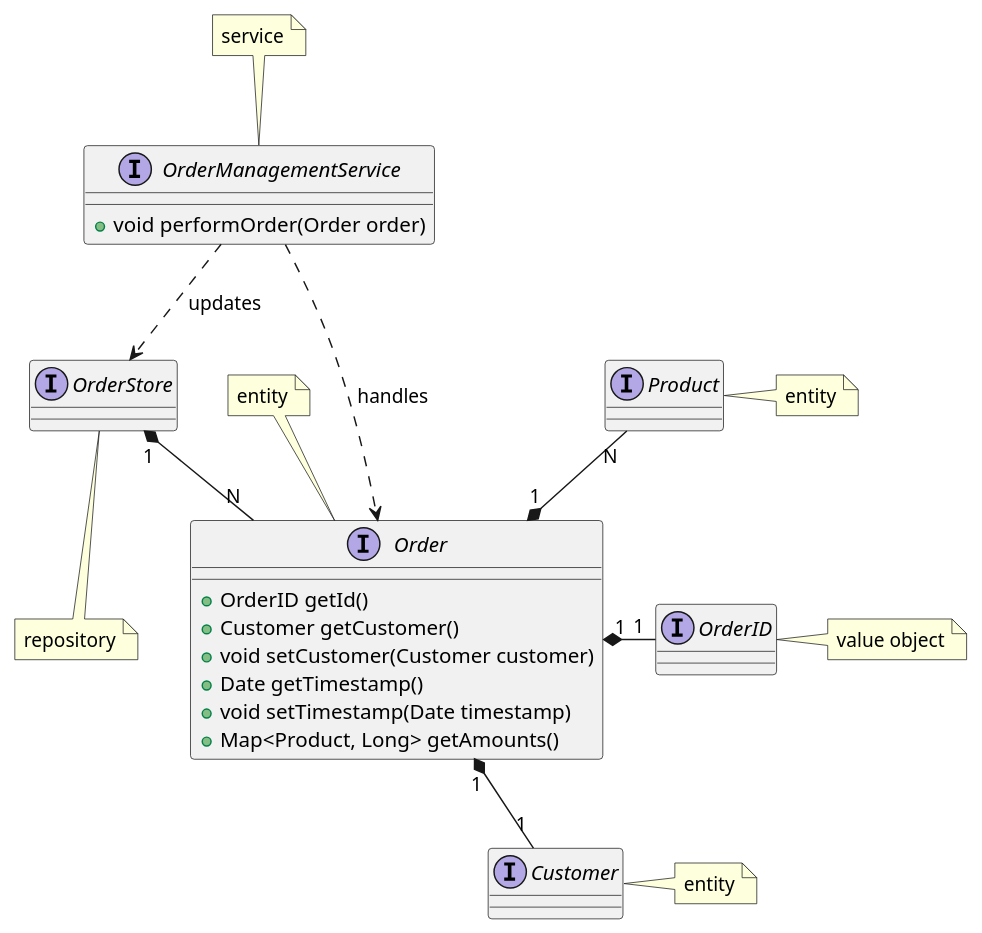
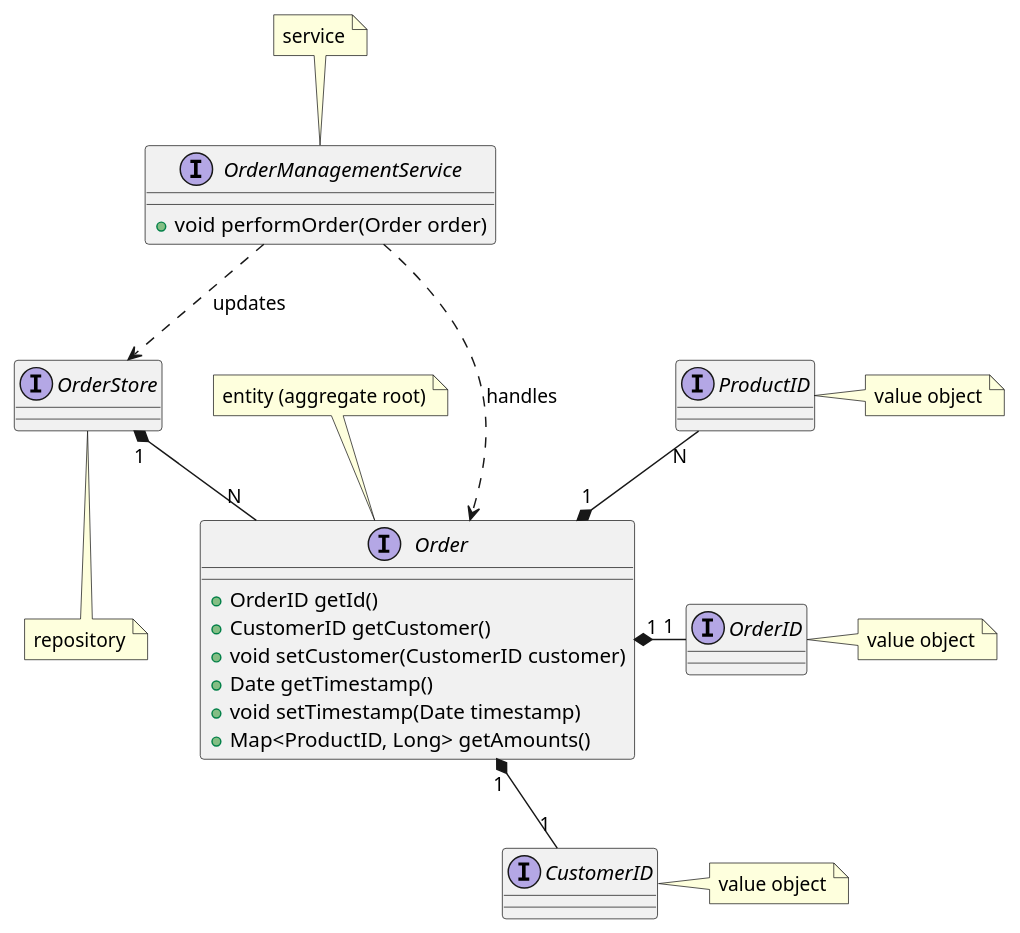
One commit to unibo-spe/spe-slides changed the fifth of 7 diagrams in content/10-ddd/_index.md. Above: the diagram before and after it, drawn with PlantUML. The commit also changed other lines of this file and 1 other file, not shown here.

Commit message:
refactor(ddd): align aggregate and service examples with Customer/Order naming, reference aggregates by ID

```diff
--- a/content/10-ddd/_index.md
+++ b/content/10-ddd/_index.md
@@ -728,41 +779,41 @@
 {{< plantuml height="70vh" >}}
 interface OrderManagementService {
     + void performOrder(Order order)
 }
 
 interface Order {
     + OrderID getId()
-    + Customer getCustomer()
-    + void setCustomer(Customer customer)
+    + CustomerID getCustomer()
+    + void setCustomer(CustomerID customer)
     + Date getTimestamp()
     + void setTimestamp(Date timestamp)
-    + Map<Product, Long> getAmounts()
+    + Map<ProductID, Long> getAmounts()
 }
 
 interface OrderID
 
-interface Customer
+interface CustomerID
 
-interface Product
+interface ProductID
 
 interface OrderStore
 
 Order "1" *-r- "1" OrderID
-Order "1" *-d- "1" Customer
-Order "1" *-u- "N" Product
+Order "1" *-d- "1" CustomerID
+Order "1" *-u- "N" ProductID
 OrderStore "1" *-- "N" Order
 
 OrderManagementService ..> Order: handles
 OrderManagementService ..> OrderStore: updates
 
 note bottom of OrderStore: repository
-note top of Order: entity
+note top of Order: entity (aggregate root)
 note right of OrderID: value object
-note right of Product: entity
-note right of Customer: entity
+note right of ProductID: value object
+note right of CustomerID: value object
 note top of OrderManagementService: service
 
-OrderID -u[hidden]- Product
-OrderID -d[hidden]- Customer
+OrderID -u[hidden]- ProductID
+OrderID -d[hidden]- CustomerID
 
 {{< /plantuml >}}
```
